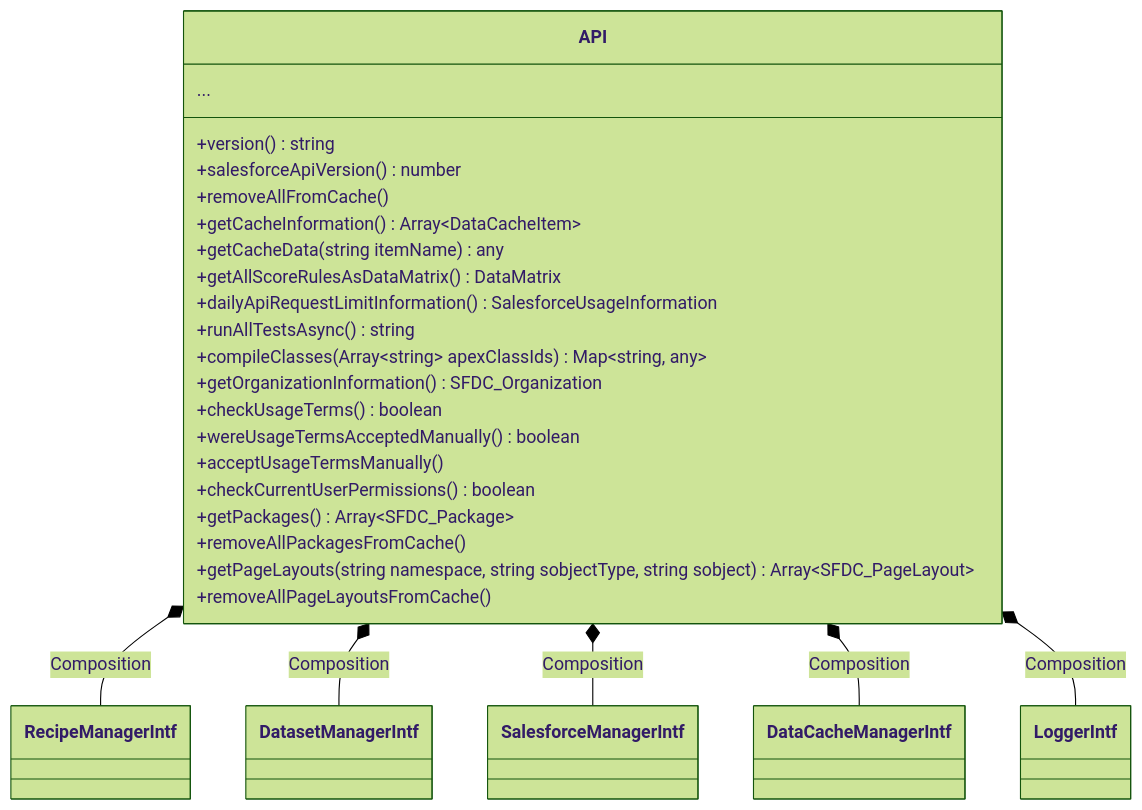
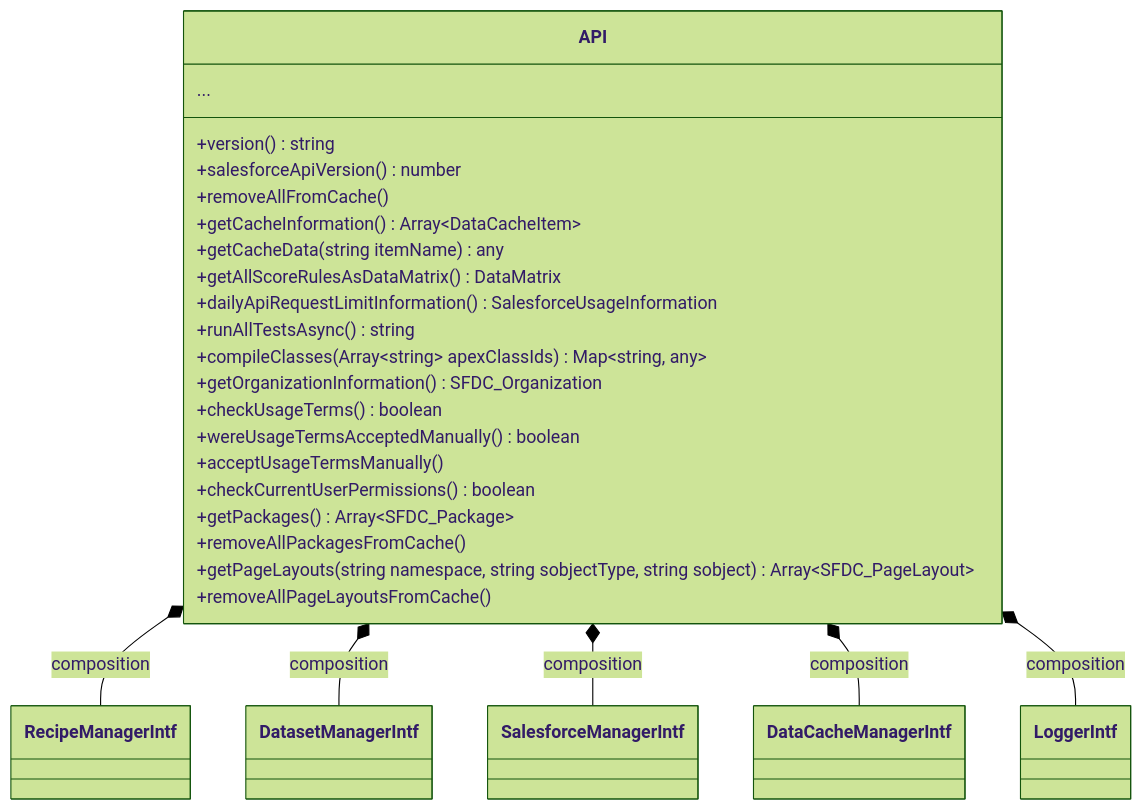
The second of 3 diagrams in docs/index8.classdiagram.md (SalesforceLabs/OrgCheck), drawn with Mermaid (forest theme) before and after one commit. The commit also changed other lines of this file, not shown here.

Commit message:
#615 class overview diagram

````diff
--- a/docs/index8.classdiagram.md
+++ b/docs/index8.classdiagram.md
@@ -17,30 +42,30 @@
 ```mermaid
 classDiagram
     class API {
         +version() string
         +salesforceApiVersion() number
         +removeAllFromCache()
         +getCacheInformation() Array~DataCacheItem~
         +getCacheData(string itemName) any
         +getAllScoreRulesAsDataMatrix() DataMatrix
         +dailyApiRequestLimitInformation() SalesforceUsageInformation
         +runAllTestsAsync() string
         +compileClasses(Array~string~ apexClassIds) Map~string, any~
         +getOrganizationInformation() SFDC_Organization
         +checkUsageTerms() boolean
         +wereUsageTermsAcceptedManually() boolean
         +acceptUsageTermsManually()
         +checkCurrentUserPermissions() boolean
         +getPackages() Array~SFDC_Package~
         +removeAllPackagesFromCache()
         +getPageLayouts(string namespace, string sobjectType, string sobject) Array~SFDC_PageLayout~
         +removeAllPageLayoutsFromCache()
         ...
     }
 
-API *-- RecipeManagerIntf : Composition
-API *-- DatasetManagerIntf : Composition
-API *-- SalesforceManagerIntf : Composition
-API *-- DataCacheManagerIntf : Composition
-API *-- LoggerIntf : Composition
+API *-- RecipeManagerIntf : composition
+API *-- DatasetManagerIntf : composition
+API *-- SalesforceManagerIntf : composition
+API *-- DataCacheManagerIntf : composition
+API *-- LoggerIntf : composition
 ```
````
